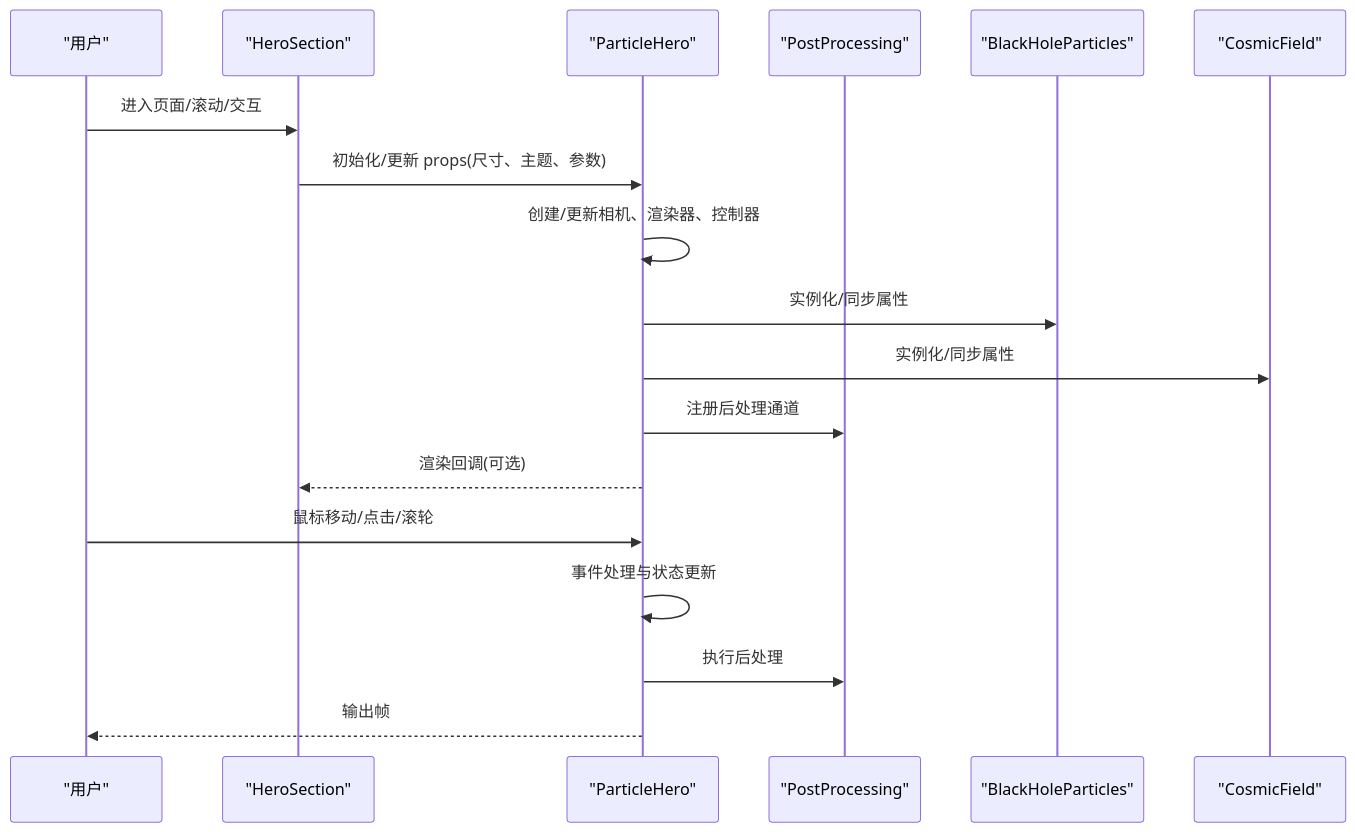
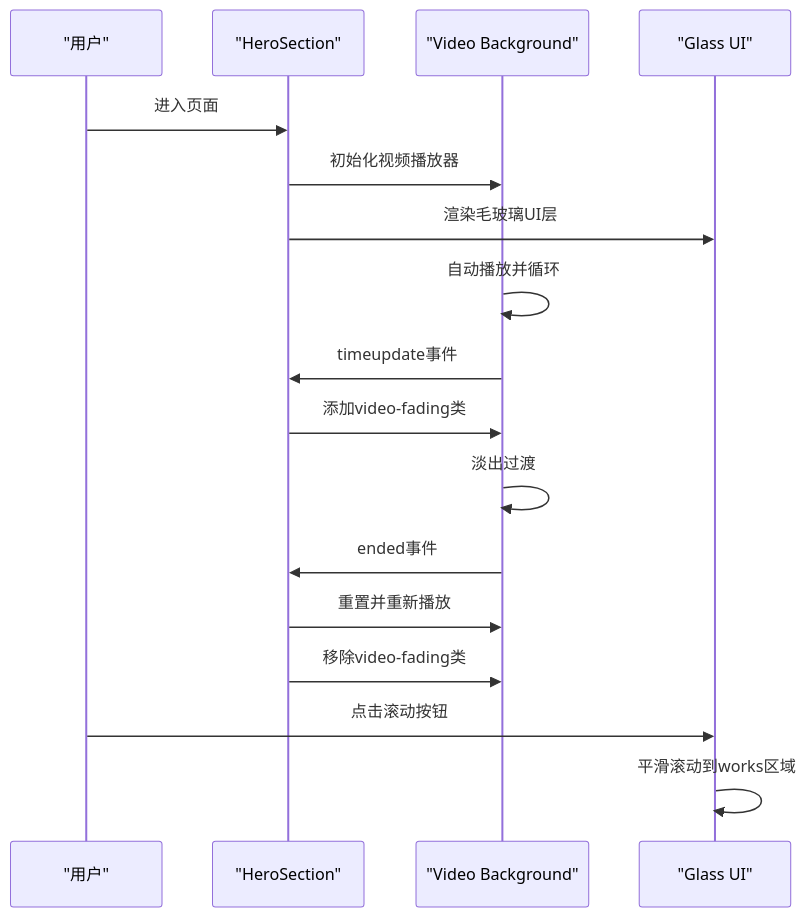
The second of 3 diagrams in .qoder/repowiki/zh/content/核心功能模块/英雄区域组件.md (lithos666/lithos666.github.io), drawn with Mermaid before and after one commit. The commit also changed other lines of this file and 51 other files, not shown here.

````diff
--- a/.qoder/repowiki/zh/content/核心功能模块/英雄区域组件.md
+++ b/.qoder/repowiki/zh/content/核心功能模块/英雄区域组件.md
@@ -117,20 +86,19 @@
 ```mermaid
 sequenceDiagram
 participant U as "用户"
 participant HS as "HeroSection"
-participant PH as "ParticleHero"
-participant PP as "PostProcessing"
-participant BH as "BlackHoleParticles"
-participant CF as "CosmicField"
-U->>HS : 进入页面/滚动/交互
-HS->>PH : 初始化/更新 props(尺寸、主题、参数)
-PH->>PH : 创建/更新相机、渲染器、控制器
-PH->>BH : 实例化/同步属性
-PH->>CF : 实例化/同步属性
-PH->>PP : 注册后处理通道
-PH-->>HS : 渲染回调(可选)
-U->>PH : 鼠标移动/点击/滚轮
-PH->>PH : 事件处理与状态更新
-PH->>PP : 执行后处理
-PH-->>U : 输出帧
+participant VB as "Video Background"
+participant UI as "Glass UI"
+U->>HS : 进入页面
+HS->>VB : 初始化视频播放器
+HS->>UI : 渲染毛玻璃UI层
+VB->>VB : 自动播放并循环
+VB->>HS : timeupdate事件
+HS->>VB : 添加video-fading类
+VB->>VB : 淡出过渡
+VB->>HS : ended事件
+HS->>VB : 重置并重新播放
+HS->>VB : 移除video-fading类
+U->>UI : 点击滚动按钮
+UI->>UI : 平滑滚动到works区域
 ```
````
